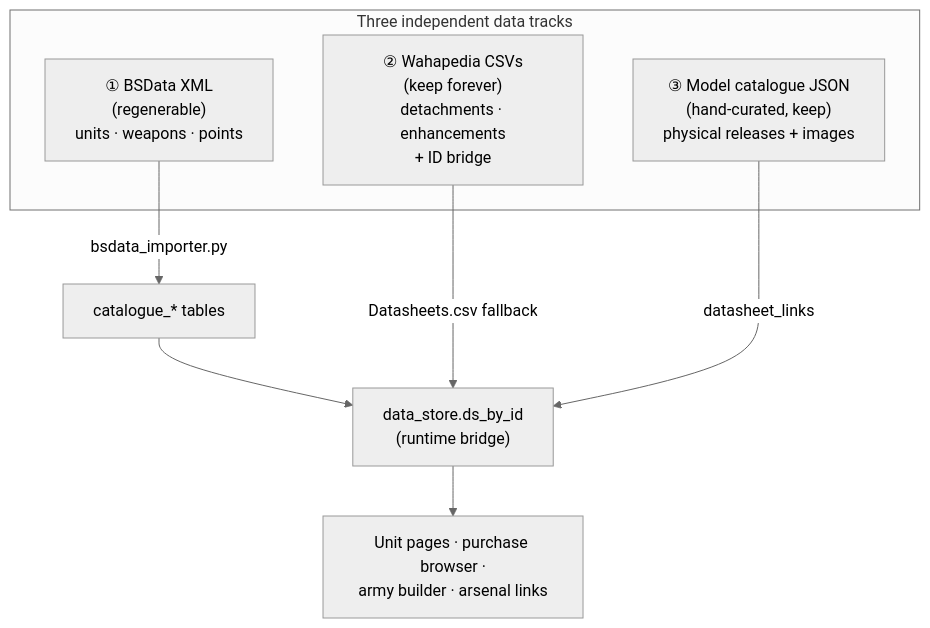
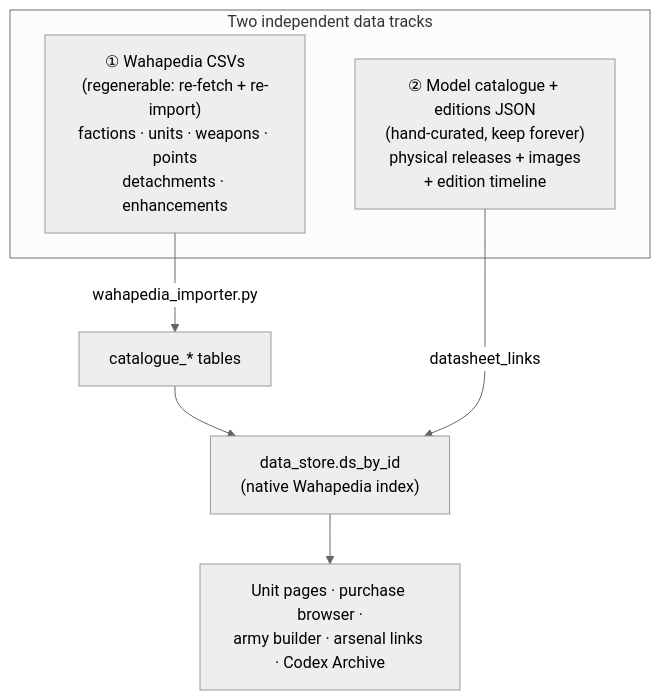
Before and after one commit to Unfunded8495/Codex-Armorum: the sixth of 12 diagrams in CODEX_ARMORUM_APP_MAP.md, drawn with Mermaid (neutral theme). The commit also changed other lines of this file and 14 other files, not shown here.

````diff
--- a/CODEX_ARMORUM_APP_MAP.md
+++ b/CODEX_ARMORUM_APP_MAP.md
@@ -303,15 +318,13 @@
 ```mermaid
 flowchart TB
-    subgraph Sources["Three independent data tracks"]
-        BS["① BSData XML<br/>(regenerable)<br/>units · weapons · points"]
-        WP["② Wahapedia CSVs<br/>(keep forever)<br/>detachments · enhancements<br/>+ ID bridge"]
-        MC["③ Model catalogue JSON<br/>(hand-curated, keep)<br/>physical releases + images"]
+    subgraph Sources["Two independent data tracks"]
+        WP["① Wahapedia CSVs<br/>(regenerable: re-fetch + re-import)<br/>factions · units · weapons · points<br/>detachments · enhancements"]
+        MC["② Model catalogue + editions JSON<br/>(hand-curated, keep forever)<br/>physical releases + images<br/>+ edition timeline"]
     end
 
-    BS -->|bsdata_importer.py| CAT["catalogue_* tables"]
-    CAT --> DSS["data_store.ds_by_id<br/>(runtime bridge)"]
-    WP -->|Datasheets.csv fallback| DSS
+    WP -->|wahapedia_importer.py| CAT["catalogue_* tables"]
+    CAT --> DSS["data_store.ds_by_id<br/>(native Wahapedia index)"]
     MC -->|datasheet_links| DSS
 
-    DSS --> UI["Unit pages · purchase browser ·<br/>army builder · arsenal links"]
+    DSS --> UI["Unit pages · purchase browser ·<br/>army builder · arsenal links · Codex Archive"]
 ```
````
